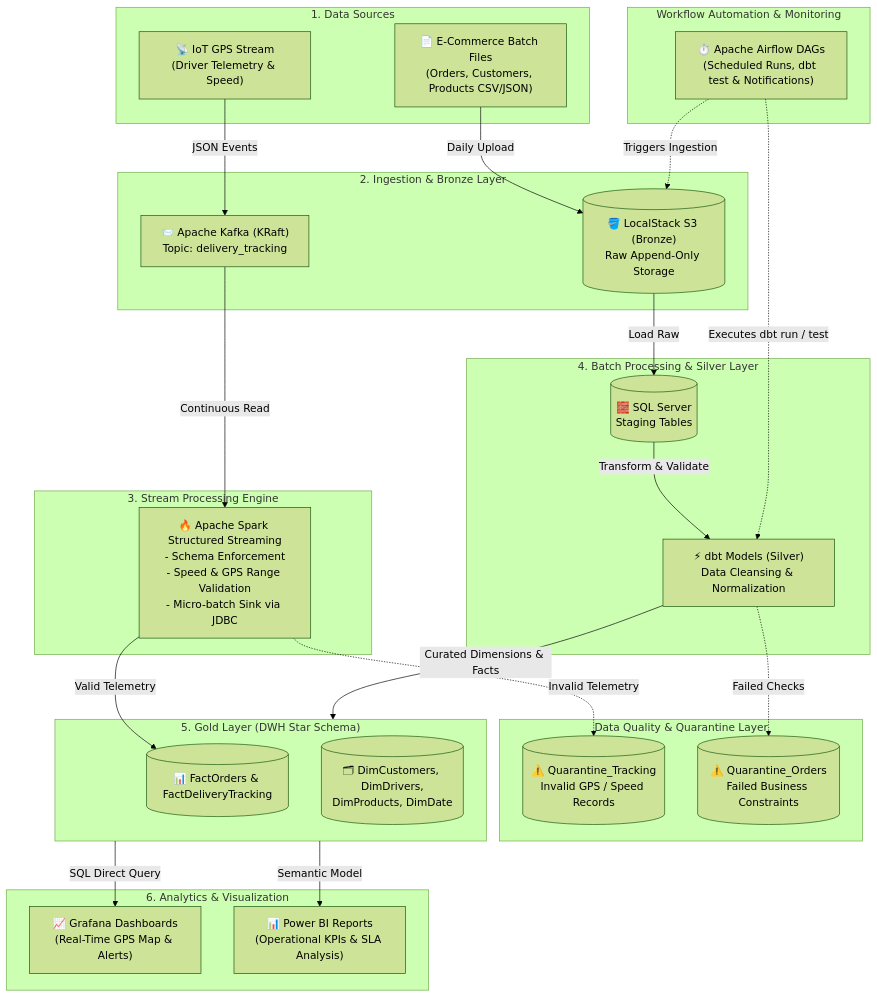
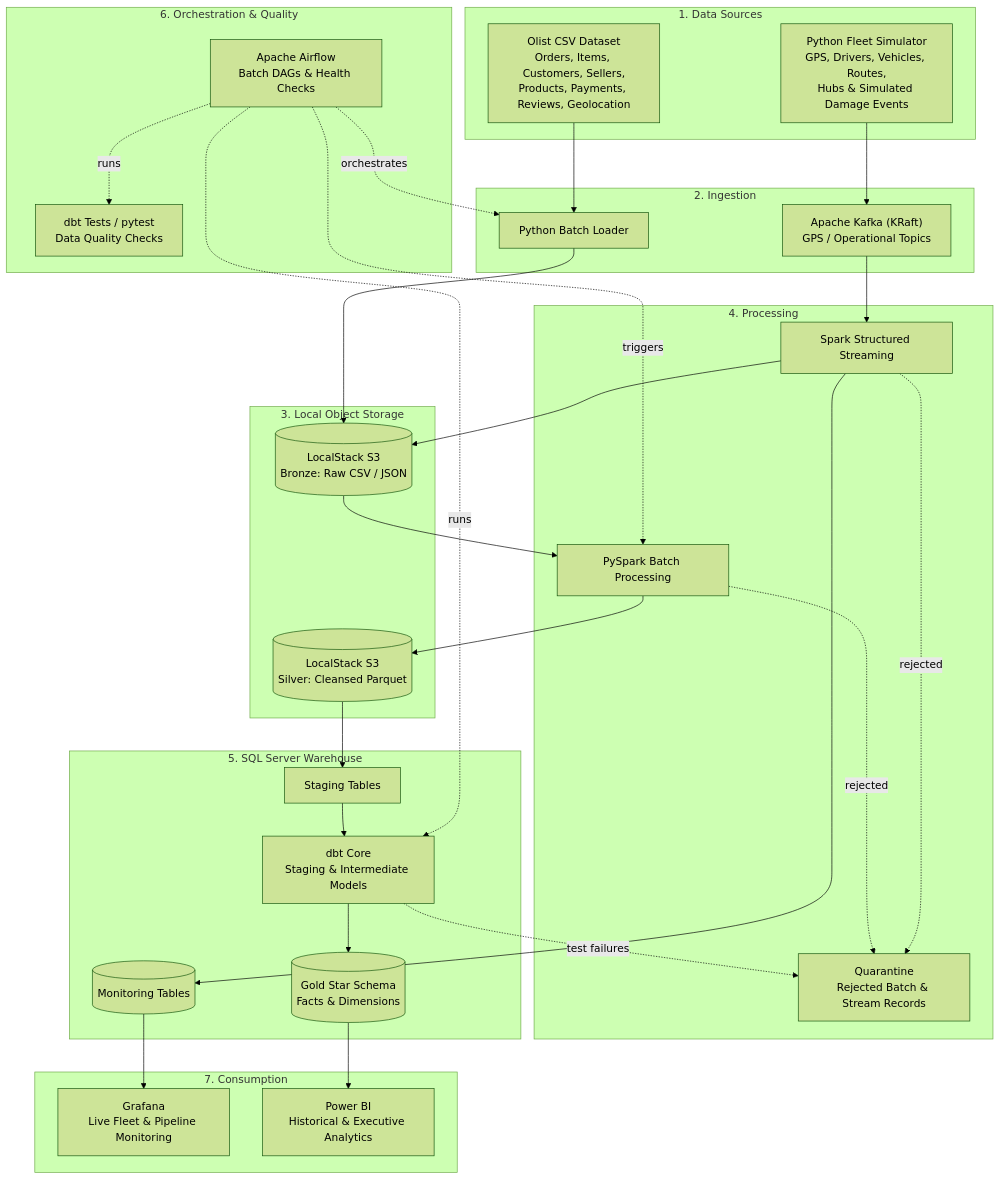
The diagram in README.md (abdallahgalalabdallah/smart-E-commerce-logistics-data-platform), drawn with Mermaid (forest theme) before and after one commit. The commit also changed other lines of this file, not shown here.

````diff
--- a/README.md
+++ b/README.md
@@ -55,62 +171,55 @@
 ```mermaid
-flowchart TD
-    subgraph SOURCELAYER["1. Data Sources"]
-        SRC_STREAM["📡 IoT GPS Stream<br/>(Driver Telemetry & Speed)"]
-        SRC_BATCH["📄 E-Commerce Batch Files<br/>(Orders, Customers, Products CSV/JSON)"]
+flowchart TB
+    subgraph SOURCES["1. Data Sources"]
+        OLIST["Olist CSV Dataset<br/>Orders, Items, Customers, Sellers,<br/>Products, Payments, Reviews, Geolocation"]
+        SIM["Python Fleet Simulator<br/>GPS, Drivers, Vehicles, Routes,<br/>Hubs & Simulated Damage Events"]
     end
 
-    subgraph INGESTION["2. Ingestion & Bronze Layer"]
-        KAFKA["📨 Apache Kafka (KRaft)<br/>Topic: delivery_tracking"]
-        S3_BRONZE[("🪣 LocalStack S3 (Bronze)<br/>Raw Append-Only Storage")]
+    subgraph INGESTION["2. Ingestion"]
+        BATCH["Python Batch Loader"]
+        KAFKA["Apache Kafka (KRaft)<br/>GPS / Operational Topics"]
     end
 
-    subgraph STREAM_PROCESS["3. Stream Processing Engine"]
-        SPARK_STREAM["🔥 Apache Spark Structured Streaming<br/>- Schema Enforcement<br/>- Speed & GPS Range Validation<br/>- Micro-batch Sink via JDBC"]
+    subgraph STORAGE["3. Local Object Storage"]
+        S3B[("LocalStack S3<br/>Bronze: Raw CSV / JSON")]
+        S3S[("LocalStack S3<br/>Silver: Cleansed Parquet")]
     end
 
-    subgraph PROCESSING["4. Batch Processing & Silver Layer"]
-        STAGING_TBL[("🧱 SQL Server<br/>Staging Tables")]
-        DBT_CLEAN["⚡ dbt Models (Silver)<br/>Data Cleansing & Normalization"]
+    subgraph PROCESSING["4. Processing"]
+        SPARKB["PySpark Batch Processing"]
+        SPARKS["Spark Structured Streaming"]
+        Q["Quarantine<br/>Rejected Batch & Stream Records"]
     end
 
-    subgraph QUALITY_ROUTING["Data Quality & Quarantine Layer"]
-        QUARANTINE_STREAM[("⚠️ Quarantine_Tracking<br/>Invalid GPS / Speed Records")]
-        QUARANTINE_BATCH[("⚠️ Quarantine_Orders<br/>Failed Business Constraints")]
+    subgraph WAREHOUSE["5. SQL Server Warehouse"]
+        STG["Staging Tables"]
+        DBT["dbt Core<br/>Staging & Intermediate Models"]
+        GOLD[("Gold Star Schema<br/>Facts & Dimensions")]
+        MON[("Monitoring Tables")]
     end
 
-    subgraph SERVING["5. Gold Layer (DWH Star Schema)"]
-        DWH_FACT[("📊 FactOrders & FactDeliveryTracking")]
-        DWH_DIM[("🗂 DimCustomers, DimDrivers,<br/>DimProducts, DimDate")]
+    subgraph ORCH["6. Orchestration & Quality"]
+        AF["Apache Airflow<br/>Batch DAGs & Health Checks"]
+        TESTS["dbt Tests / pytest<br/>Data Quality Checks"]
     end
 
-    subgraph CONSUMPTION["6. Analytics & Visualization"]
-        GRAFANA["📈 Grafana Dashboards<br/>(Real-Time GPS Map & Alerts)"]
-        POWERBI["📊 Power BI Reports<br/>(Operational KPIs & SLA Analysis)"]
+    subgraph BI["7. Consumption"]
+        GRAF["Grafana<br/>Live Fleet & Pipeline Monitoring"]
+        PBI["Power BI<br/>Historical & Executive Analytics"]
     end
 
-    subgraph ORCHESTRATION["Workflow Automation & Monitoring"]
-        AIRFLOW["⏱️ Apache Airflow DAGs<br/>(Scheduled Runs, dbt test & Notifications)"]
-    end
-
-    %% Streaming Flow
-    SRC_STREAM -->|JSON Events| KAFKA
-    KAFKA -->|Continuous Read| SPARK_STREAM
-    SPARK_STREAM -->|Valid Telemetry| DWH_FACT
-    SPARK_STREAM -.->|Invalid Telemetry| QUARANTINE_STREAM
-
-    %% Batch Flow
-    SRC_BATCH -->|Daily Upload| S3_BRONZE
-    S3_BRONZE -->|Load Raw| STAGING_TBL
-    STAGING_TBL -->|Transform & Validate| DBT_CLEAN
-    DBT_CLEAN -->|Curated Dimensions & Facts| SERVING
-    DBT_CLEAN -.->|Failed Checks| QUARANTINE_BATCH
-
-    %% Consumption Flow
-    SERVING -->|SQL Direct Query| GRAFANA
-    SERVING -->|Semantic Model| POWERBI
-
-    %% Orchestration
-    AIRFLOW -.->|Triggers Ingestion| S3_BRONZE
-    AIRFLOW -.->|Executes dbt run / test| DBT_CLEAN
-
+    OLIST --> BATCH --> S3B --> SPARKB --> S3S
+    S3S --> STG --> DBT --> GOLD
+    SIM --> KAFKA --> SPARKS
+    SPARKS --> MON
+    SPARKS --> S3B
+    SPARKB -. rejected .-> Q
+    SPARKS -. rejected .-> Q
+    DBT -. test failures .-> Q
+    GOLD --> PBI
+    MON --> GRAF
+    AF -. orchestrates .-> BATCH
+    AF -. triggers .-> SPARKB
+    AF -. runs .-> DBT
+    AF -. runs .-> TESTS
 ```
````
